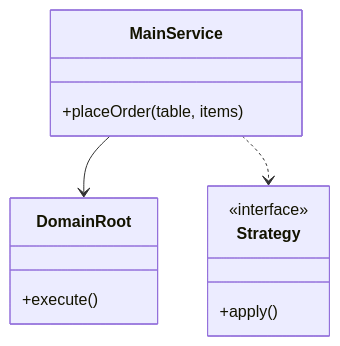
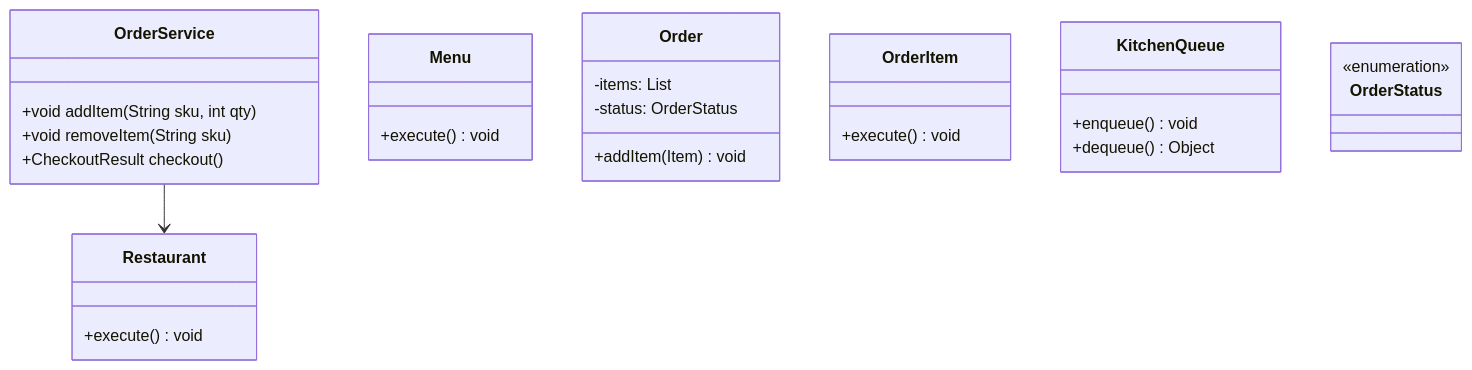
Before and after one commit to madhupaila/Interview-Prep-SSE: the first of 3 diagrams in Learn/System Design - Low Level Design/02-classic-ood/questions/Q05-restaurant-food-ordering.md, drawn with Mermaid. The commit also changed other lines of this file and 491 other files, not shown here.

````diff
--- a/Learn/System Design - Low Level Design/02-classic-ood/questions/Q05-restaurant-food-ordering.md
+++ b/Learn/System Design - Low Level Design/02-classic-ood/questions/Q05-restaurant-food-ordering.md
@@ -75,15 +93,30 @@
 ```mermaid
 classDiagram
-    class MainService {
-        +placeOrder(table, items)
+    class OrderService {
+        +void addItem(String sku, int qty)
+        +void removeItem(String sku)
+        +CheckoutResult checkout()
     }
-    class DomainRoot {
-        +execute()
+    class Restaurant {
+        +execute() void
     }
-    class Strategy {
-        <<interface>>
-        +apply()
+    class Menu {
+        +execute() void
     }
-    MainService --> DomainRoot
-    MainService ..> Strategy
+    class Order {
+        -items: List
+        -status: OrderStatus
+        +addItem(Item) void
+    }
+    class OrderItem {
+        +execute() void
+    }
+    class KitchenQueue {
+        +enqueue() void
+        +dequeue() Object
+    }
+    class OrderStatus {
+        <<enumeration>>
+    }
+    OrderService --> Restaurant
 ```
````
